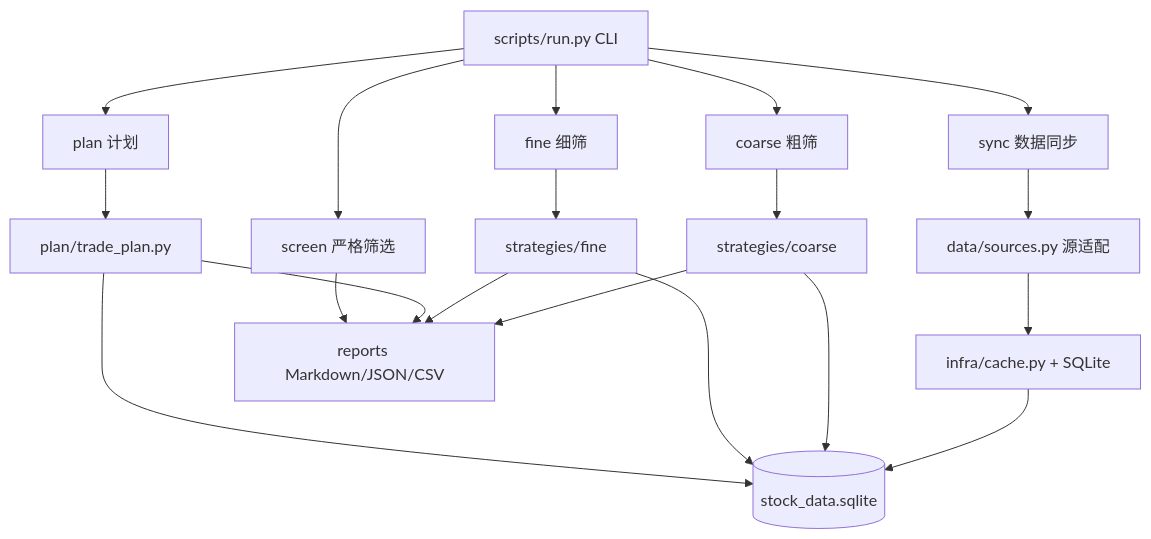
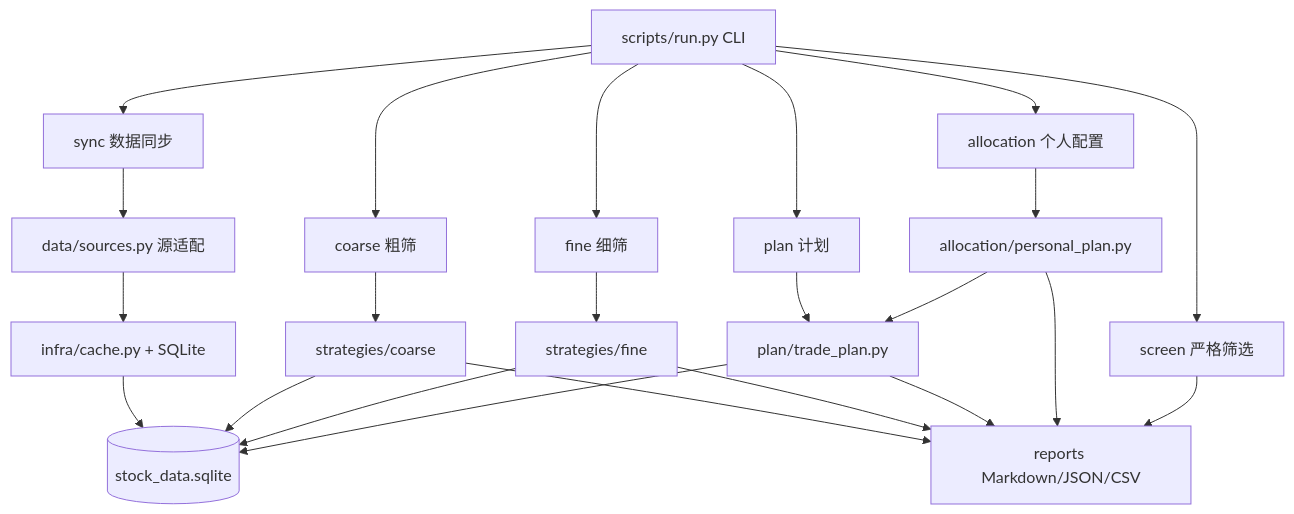
One commit to dlxu1/tech-growth-stock-screener changed the diagram in README.md. Above: the diagram before and after it, drawn with Mermaid. The commit also changed other lines of this file and 28 other files, not shown here.

````diff
--- a/README.md
+++ b/README.md
@@ -22,25 +23,29 @@
 ```mermaid
 flowchart TD
   CLI["scripts/run.py CLI"] --> Sync["sync 数据同步"]
   CLI --> Coarse["coarse 粗筛"]
   CLI --> Fine["fine 细筛"]
   CLI --> Plan["plan 计划"]
+  CLI --> Allocation["allocation 个人配置"]
   CLI --> Screen["screen 严格筛选"]
 
   Sync --> Sources["data/sources.py 源适配"]
   Sources --> Cache["infra/cache.py + SQLite"]
   Cache --> DB[("stock_data.sqlite")]
 
   Coarse --> CoarseLayer["strategies/coarse"]
   Fine --> FineLayer["strategies/fine"]
   Plan --> PlanLayer["plan/trade_plan.py"]
+  Allocation --> AllocationLayer["allocation/personal_plan.py"]
 
   CoarseLayer --> DB
   FineLayer --> DB
   PlanLayer --> DB
+  AllocationLayer --> PlanLayer
 
   CoarseLayer --> Reports["reports Markdown/JSON/CSV"]
   FineLayer --> Reports
   PlanLayer --> Reports
+  AllocationLayer --> Reports
   Screen --> Reports
 ```
````
